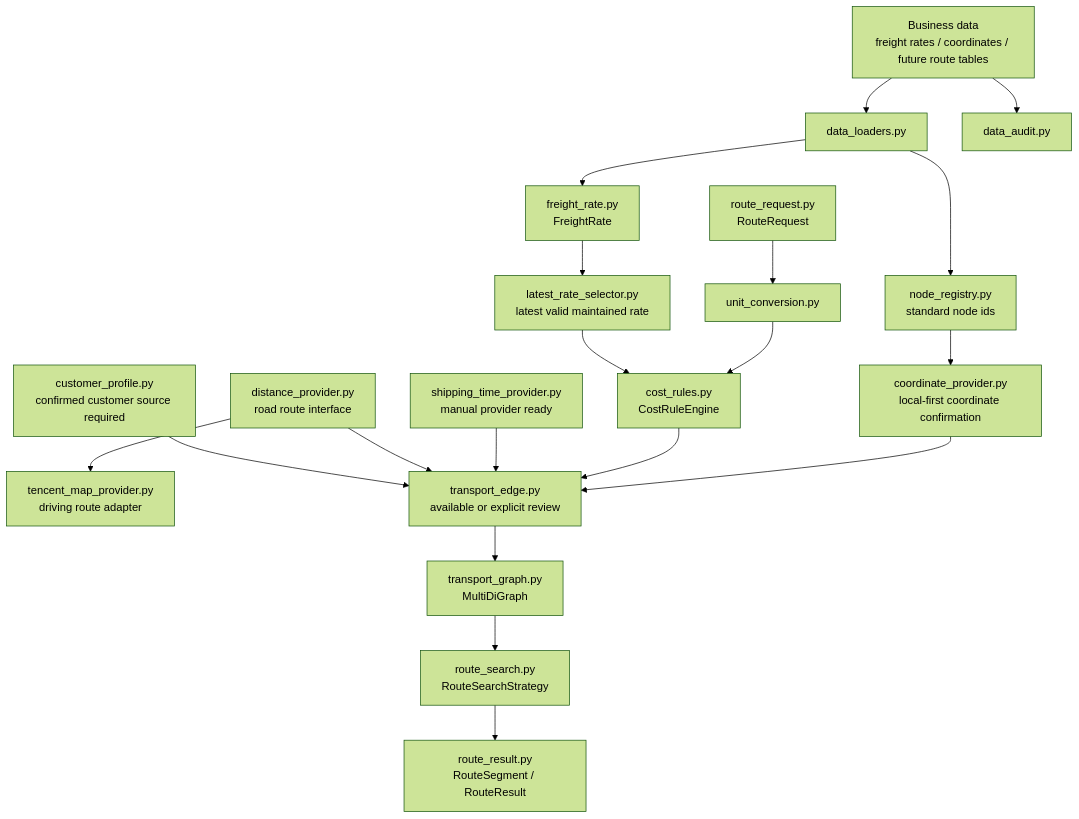
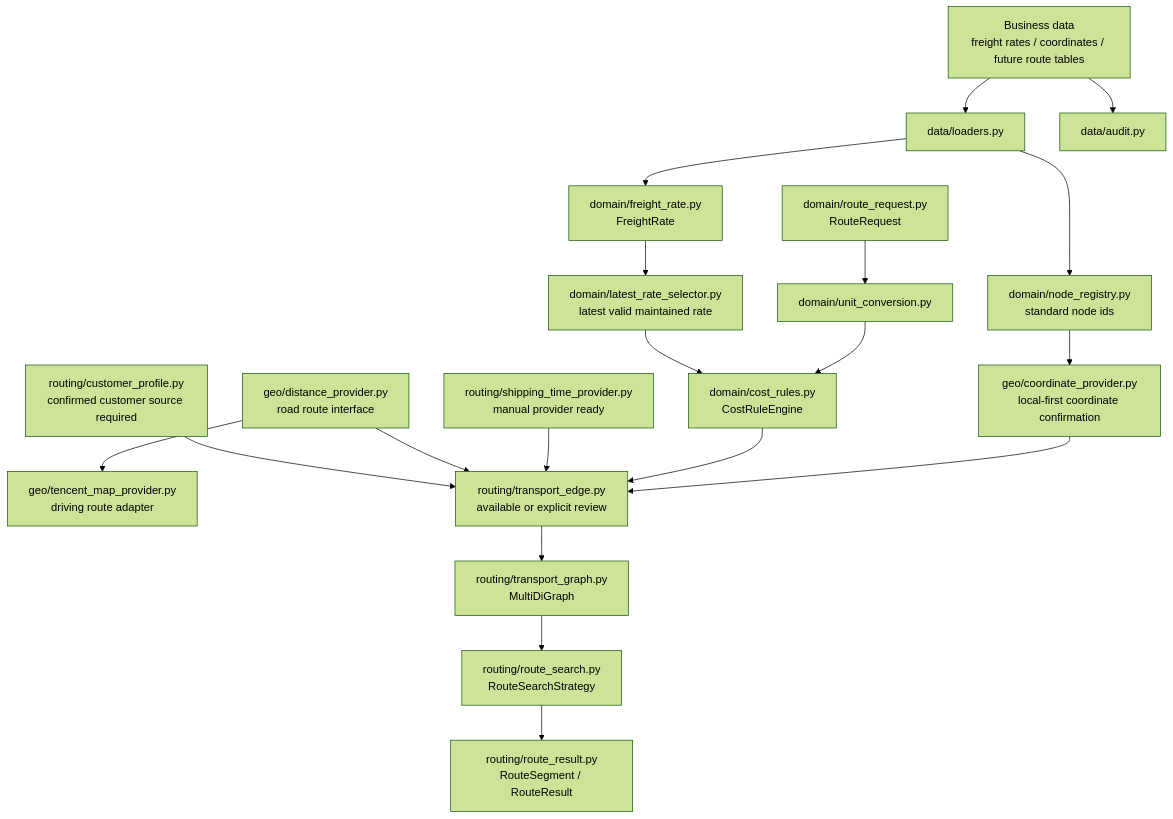
One commit to yumenou92-netizen/From-Port-to-Factory-A-Project-on-Transport-Route-Inference-Based-on-an-Open-Mapping-Platform changed the second of 2 diagrams in docs/ARCHITECTURE.md. Above: the diagram before and after it, drawn with Mermaid (forest theme). The commit also changed other lines of this file and 88 other files, not shown here.

````diff
--- a/docs/ARCHITECTURE.md
+++ b/docs/ARCHITECTURE.md
@@ -50,30 +49,30 @@
 ```mermaid
 flowchart TD
-    A["Business data<br/>freight rates / coordinates / future route tables"] --> B["data_loaders.py"]
-    A --> C["data_audit.py"]
+    A["Business data<br/>freight rates / coordinates / future route tables"] --> B["data/loaders.py"]
+    A --> C["data/audit.py"]
 
-    B --> D["node_registry.py<br/>standard node ids"]
-    D --> D2["coordinate_provider.py<br/>local-first coordinate confirmation"]
-    B --> E["freight_rate.py<br/>FreightRate"]
-    E --> E2["latest_rate_selector.py<br/>latest valid maintained rate"]
+    B --> D["domain/node_registry.py<br/>standard node ids"]
+    D --> D2["geo/coordinate_provider.py<br/>local-first coordinate confirmation"]
+    B --> E["domain/freight_rate.py<br/>FreightRate"]
+    E --> E2["domain/latest_rate_selector.py<br/>latest valid maintained rate"]
 
-    F["route_request.py<br/>RouteRequest"] --> G["unit_conversion.py"]
-    G --> H["cost_rules.py<br/>CostRuleEngine"]
+    F["domain/route_request.py<br/>RouteRequest"] --> G["domain/unit_conversion.py"]
+    G --> H["domain/cost_rules.py<br/>CostRuleEngine"]
     E2 --> H
 
-    I["shipping_time_provider.py<br/>manual provider ready"]
-    J["distance_provider.py<br/>road route interface"]
-    J2["tencent_map_provider.py<br/>driving route adapter"]
-    K["customer_profile.py<br/>confirmed customer source required"]
+    I["routing/shipping_time_provider.py<br/>manual provider ready"]
+    J["geo/distance_provider.py<br/>road route interface"]
+    J2["geo/tencent_map_provider.py<br/>driving route adapter"]
+    K["routing/customer_profile.py<br/>confirmed customer source required"]
 
-    D2 --> L["transport_edge.py<br/>available or explicit review"]
+    D2 --> L["routing/transport_edge.py<br/>available or explicit review"]
     H --> L
     I --> L
     J --> J2
     J --> L
     K --> L
 
-    L --> M["transport_graph.py<br/>MultiDiGraph"]
-    M --> N["route_search.py<br/>RouteSearchStrategy"]
-    N --> O["route_result.py<br/>RouteSegment / RouteResult"]
+    L --> M["routing/transport_graph.py<br/>MultiDiGraph"]
+    M --> N["routing/route_search.py<br/>RouteSearchStrategy"]
+    N --> O["routing/route_result.py<br/>RouteSegment / RouteResult"]
 ```
````
